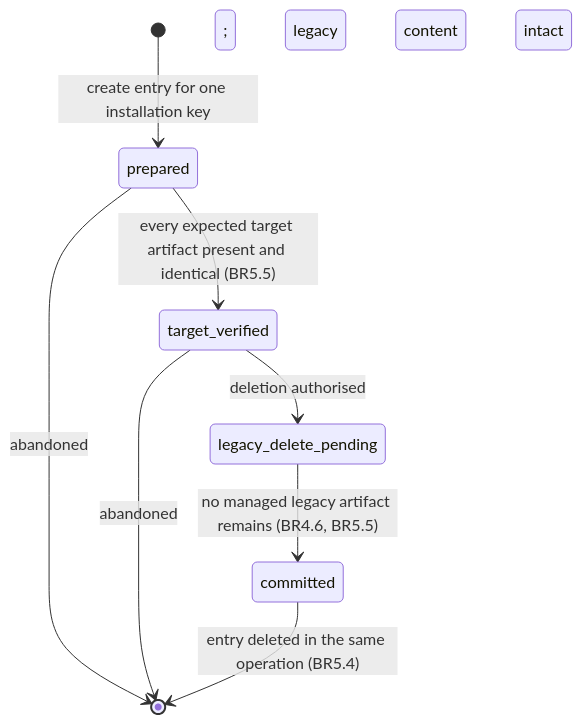
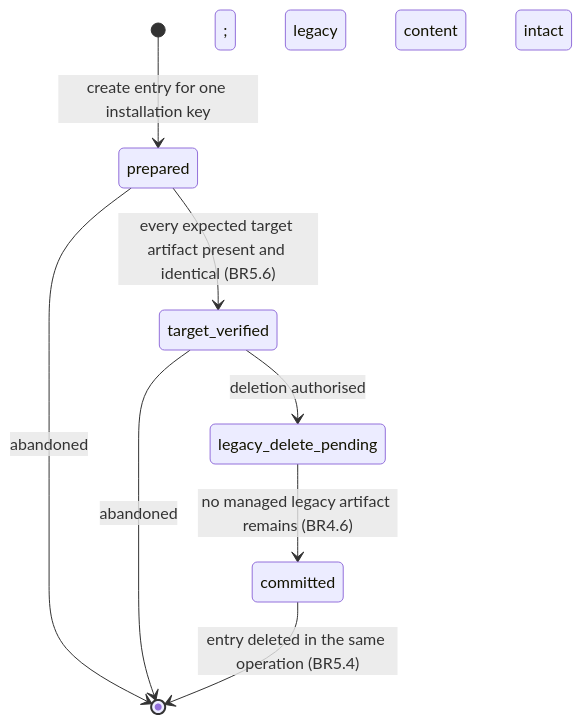
The first of 2 diagrams in aidlc/spaces/default/intents/260914-unified-installation/construction/shared-installation-foundation/functional-design/functional-spec.md (gblanc-1a/prompt-registry), drawn with Mermaid before and after one commit. The commit also changed other lines of this file and 16 other files, not shown here.

````diff
--- a/aidlc/spaces/default/intents/260914-unified-installation/construction/shared-installation-foundation/functional-design/functional-spec.md
+++ b/aidlc/spaces/default/intents/260914-unified-installation/construction/shared-installation-foundation/functional-design/functional-spec.md
@@ -171,10 +267,10 @@
 ```mermaid
 stateDiagram-v2
     [*] --> prepared: create entry for one installation key
-    prepared --> target_verified: every expected target artifact present and identical (BR5.5)
+    prepared --> target_verified: every expected target artifact present and identical (BR5.6)
     target_verified --> legacy_delete_pending: deletion authorised
-    legacy_delete_pending --> committed: no managed legacy artifact remains (BR4.6, BR5.5)
+    legacy_delete_pending --> committed: no managed legacy artifact remains (BR4.6)
     prepared --> [*]: abandoned; legacy content intact
     target_verified --> [*]: abandoned; legacy content intact
     committed --> [*]: entry deleted in the same operation (BR5.4)
 ```
````
